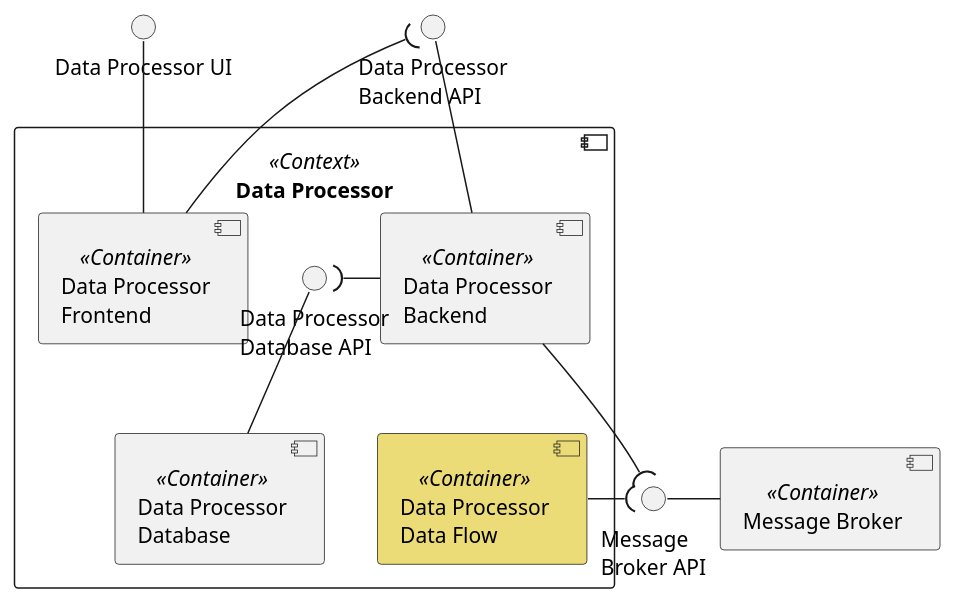
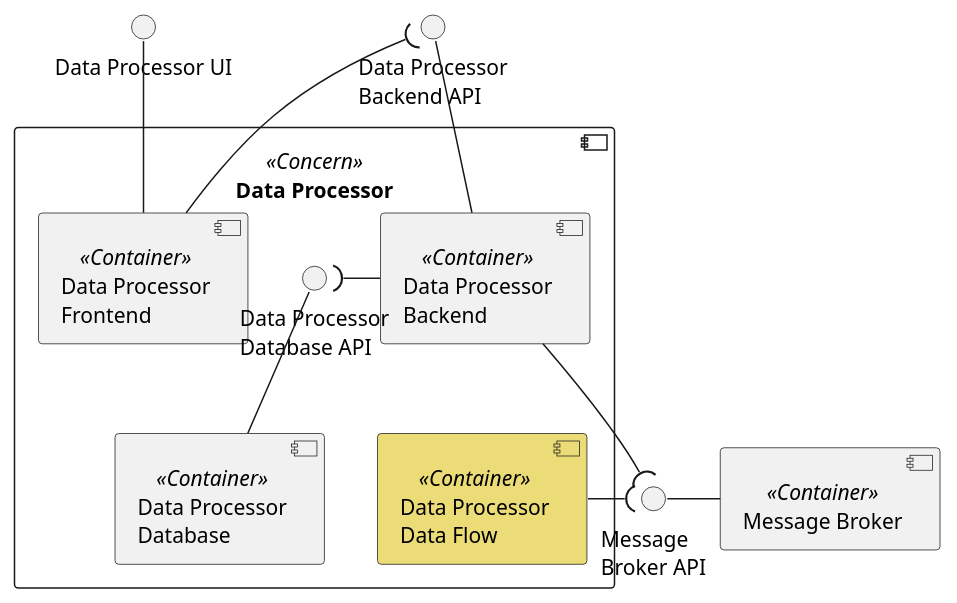
Before and after one commit to FilipeMCruz/dissertation: the diagram in assets/diagrams/design/architectural/level2/logical/data-processor-context.pu, drawn with PlantUML. The commit also changed 264 other files, not shown here.

```diff
--- a/assets/diagrams/design/architectural/level2/logical/data-processor-context.pu
+++ b/assets/diagrams/design/architectural/level2/logical/data-processor-context.pu
@@ -1,33 +1,33 @@
 @startuml data-processor-context
 
 interface "Data Processor UI" as FRONT_API
 interface "Data Processor\nBackend API" as BACK_API
 
-component "Data Processor" <<Context>> {
+component "Data Processor" <<Concern>> {
     component "Data Processor\nBackend" <<Container>> as BACK
     component "Data Processor\nFrontend" <<Container>> as FRONT
     component "Data Processor\nDatabase" <<Container>> as DB
 
     interface "Data Processor\nDatabase API" as DB_API
 
     DB_API -- DB
     FRONT_API -- FRONT
     BACK_API -- BACK
     DB_API )- BACK
     FRONT --( BACK_API
 
     component "Data Processor\nData Flow" <<Container>> as FLOW #ebdc78
 }
 
 component "Message Broker" <<Container>> as MB
 interface "Message\nBroker API" as MB_API
 
 MB_API - MB
 
 BACK --( MB_API
 
 FLOW -( MB_API
 
 DB -[hidden] FLOW
 
 @enduml
```
